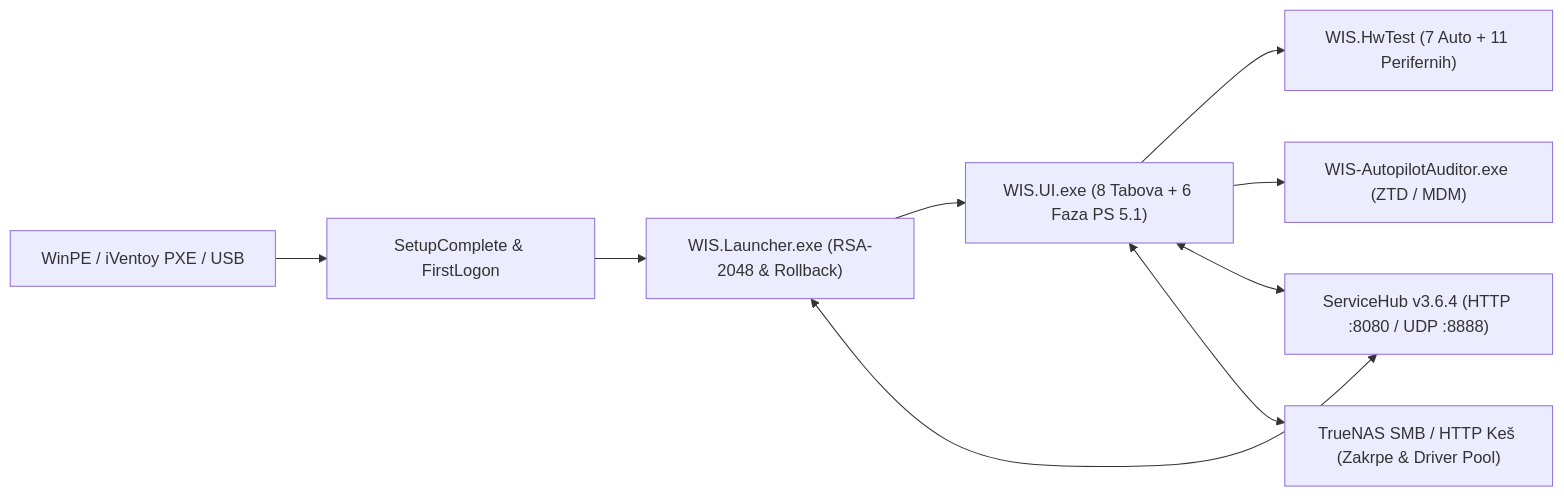
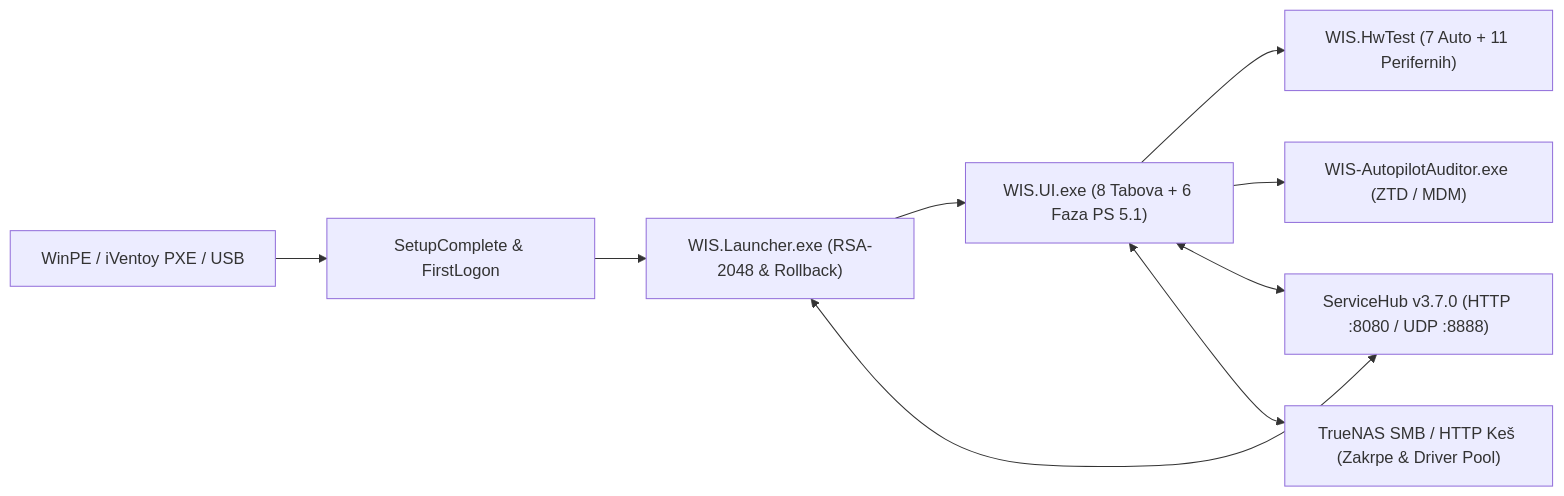
The diagram in README.md (Gruya13/WIS), drawn with Mermaid before and after one commit. The commit also changed other lines of this file and 49 other files, not shown here.

Commit message:
WIS v3.5.0 / ServiceHub v3.7.0 (WIS-TASK-271 & WIS-TASK-272): V350-01..08 + IMP-53..69

````diff
--- a/README.md
+++ b/README.md
@@ -27,11 +37,11 @@
 ```mermaid
 flowchart LR
     PXE["WinPE / iVentoy PXE / USB"] --> BOOT["SetupComplete & FirstLogon"]
     BOOT --> LAUNCHER["WIS.Launcher.exe (RSA-2048 & Rollback)"]
     LAUNCHER --> UI["WIS.UI.exe (8 Tabova + 6 Faza PS 5.1)"]
     UI --> HWTEST["WIS.HwTest (7 Auto + 11 Perifernih)"]
     UI --> AUDITOR["WIS-AutopilotAuditor.exe (ZTD / MDM)"]
-    LAUNCHER <--> HUB["ServiceHub v3.6.4 (HTTP :8080 / UDP :8888)"]
+    LAUNCHER <--> HUB["ServiceHub v3.7.0 (HTTP :8080 / UDP :8888)"]
     UI <--> HUB
     UI <--> NAS["TrueNAS SMB / HTTP Keš (Zakrpe & Driver Pool)"]
 ```
````
